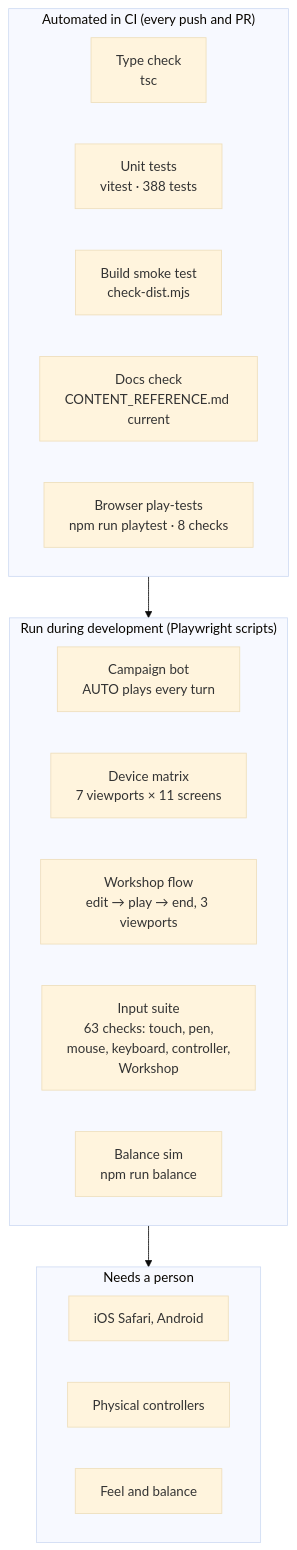
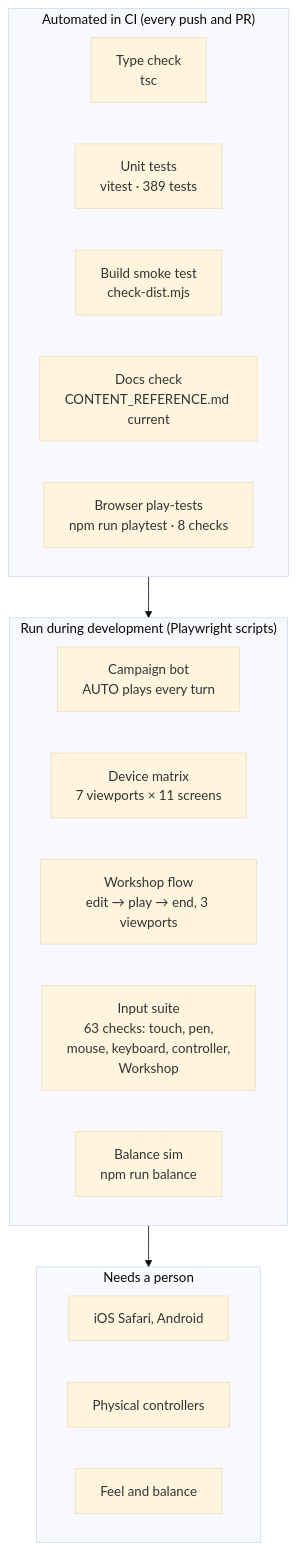
The diagram in docs/TESTING.md (CptNope/Chess-RPG-Tactics), drawn with Mermaid (base theme) before and after one commit. The commit also changed other lines of this file and 12 other files, not shown here.

````diff
--- a/docs/TESTING.md
+++ b/docs/TESTING.md
@@ -9,23 +9,23 @@
 ```mermaid
 flowchart TB
     subgraph Auto["Automated in CI (every push and PR)"]
         T1["Type check<br/>tsc"]
-        T2["Unit tests<br/>vitest · 388 tests"]
+        T2["Unit tests<br/>vitest · 389 tests"]
         T3["Build smoke test<br/>check-dist.mjs"]
         T4["Docs check<br/>CONTENT_REFERENCE.md current"]
         T5["Browser play-tests<br/>npm run playtest · 8 checks"]
     end
     subgraph Dev["Run during development (Playwright scripts)"]
         P1["Campaign bot<br/>AUTO plays every turn"]
         P2["Device matrix<br/>7 viewports × 11 screens"]
         P4["Workshop flow<br/>edit → play → end, 3 viewports"]
         P3["Input suite<br/>63 checks: touch, pen,<br/>mouse, keyboard, controller,<br/>Workshop"]
         P5["Balance sim<br/>npm run balance"]
     end
     subgraph Human["Needs a person"]
         H1["iOS Safari, Android"]
         H2["Physical controllers"]
         H3["Feel and balance"]
     end
     Auto --> Dev --> Human
 ```
````
